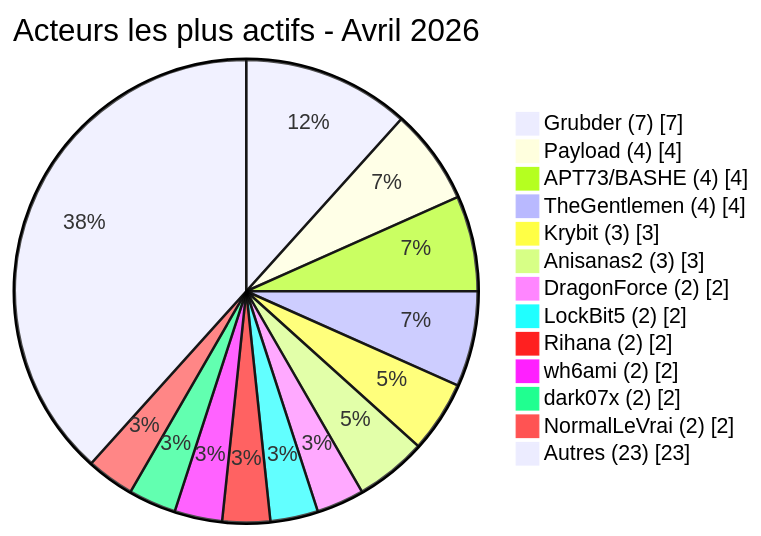
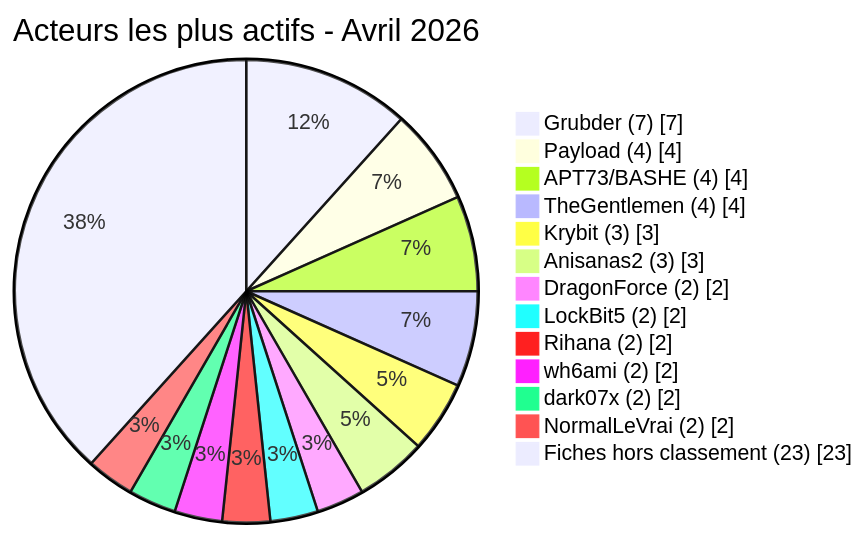
The fifth of 5 diagrams in CyberAttackAfrica/2026/04-april/README_FR.md (Hatchepsoute/AFRINTEL), drawn with Mermaid before and after one commit. The commit also changed other lines of this file and 39 other files, not shown here.

````diff
--- a/CyberAttackAfrica/2026/04-april/README_FR.md
+++ b/CyberAttackAfrica/2026/04-april/README_FR.md
@@ -264,17 +264,17 @@
 ```mermaid
 pie showData
  title Acteurs les plus actifs - Avril 2026
  "Grubder (7)" : 7
  "Payload (4)" : 4
  "APT73/BASHE (4)" : 4
  "TheGentlemen (4)" : 4
  "Krybit (3)" : 3
  "Anisanas2 (3)" : 3
  "DragonForce (2)" : 2
  "LockBit5 (2)" : 2
  "Rihana (2)" : 2
  "wh6ami (2)" : 2
  "dark07x (2)" : 2
  "NormalLeVrai (2)" : 2
- "Autres (23)" : 23
+ "Fiches hors classement (23)" : 23
 ```
````
